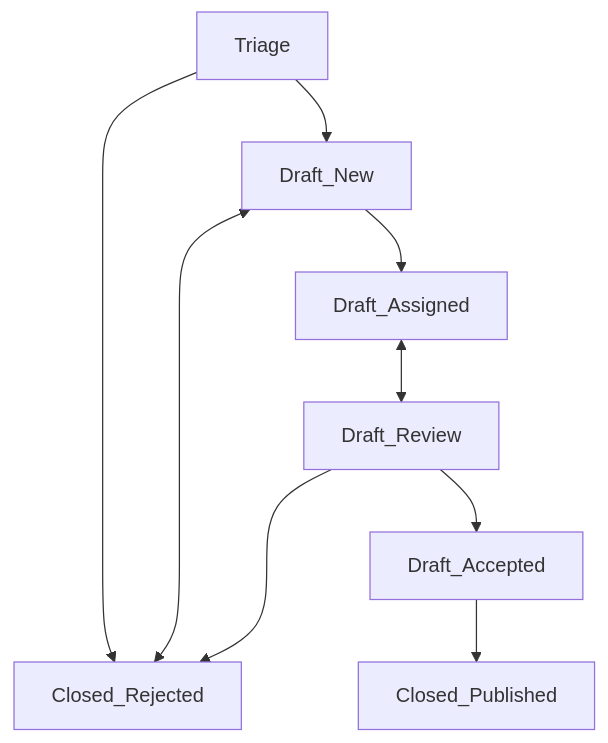
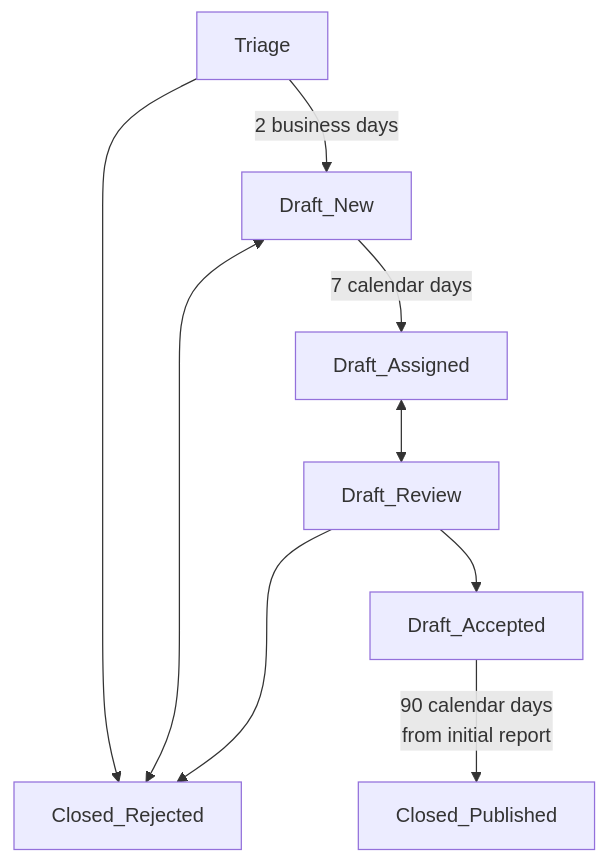
One commit to chipsalliance/Caliptra changed the diagram in SECURITY.md. Above: the diagram before and after it, drawn with Mermaid. The commit also changed other lines of this file, not shown here.

````diff
--- a/SECURITY.md
+++ b/SECURITY.md
@@ -132,11 +135,11 @@
 ```mermaid
 flowchart TB
-    Triage --> Draft_New
+    Triage -->|2 business days| Draft_New
     Triage --> Closed_Rejected
-    Draft_New --> Draft_Assigned
+    Draft_New -->|7 calendar days| Draft_Assigned
     Draft_New <--> Closed_Rejected
     Draft_Assigned <--> Draft_Review
     Draft_Review ---> Closed_Rejected
     Draft_Review --> Draft_Accepted
-    Draft_Accepted --> Closed_Published
+    Draft_Accepted -->|90 calendar days <br> from initial report| Closed_Published
 ```
````
